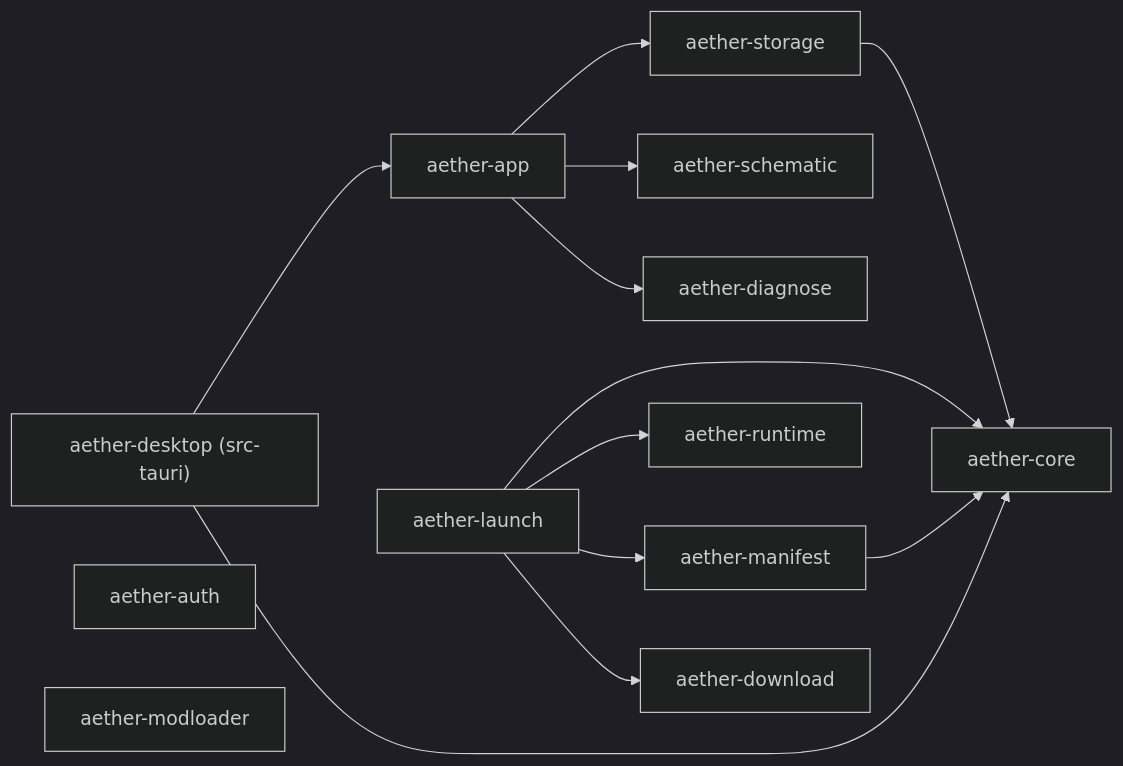
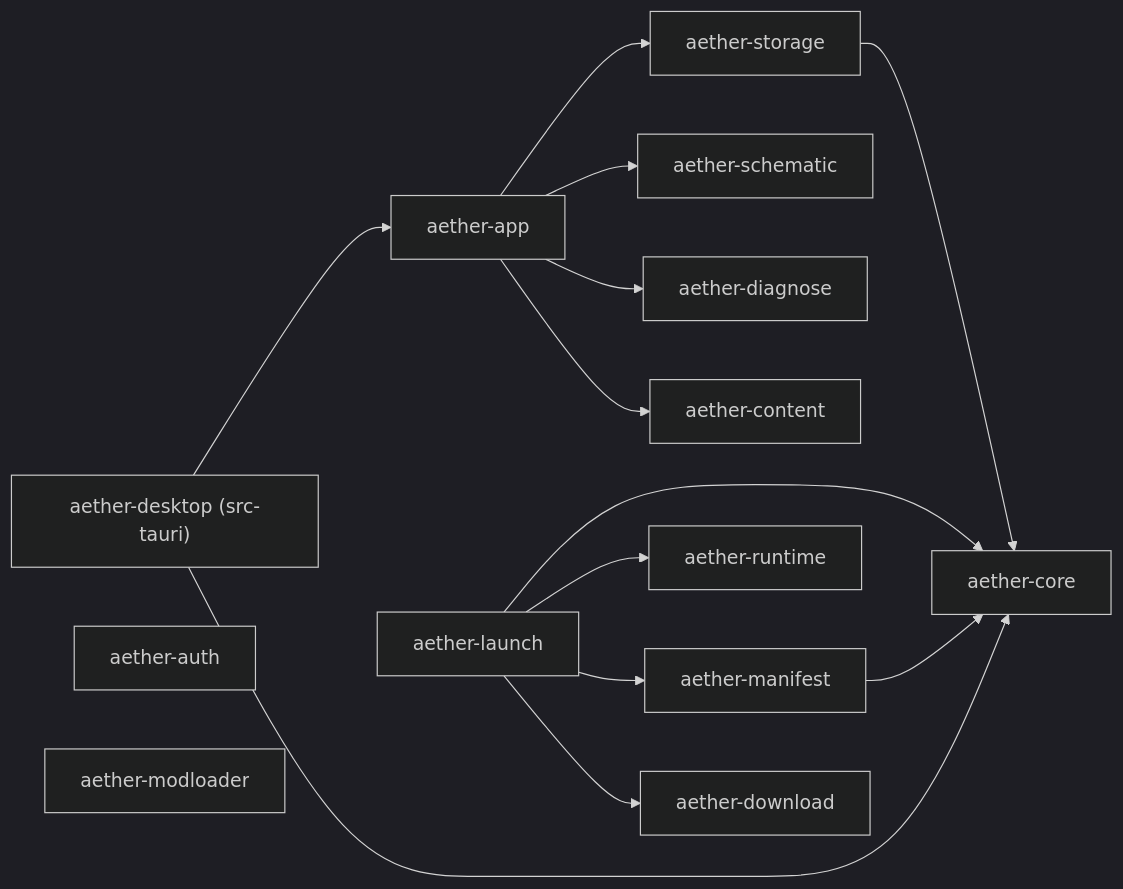
Before and after one commit to AetherLauncher-org/Aether-Launcher: the diagram in docs/architecture.md, drawn with Mermaid (dark theme). The commit also changed other lines of this file and 27 other files, not shown here.

````diff
--- a/docs/architecture.md
+++ b/docs/architecture.md
@@ -11,17 +11,18 @@
 ```mermaid
 graph LR
   desktop["aether-desktop (src-tauri)"] --> app[aether-app]
   app --> storage
   app --> schematic[aether-schematic]
   app --> diagnose[aether-diagnose]
+  app --> content[aether-content]
   desktop --> core[aether-core]
   manifest[aether-manifest] --> core
   storage[aether-storage] --> core
   launch[aether-launch] --> core
   launch --> runtime[aether-runtime]
   launch --> manifest
   launch --> download
   download[aether-download]
   auth[aether-auth]
   modloader[aether-modloader]
 ```
````
